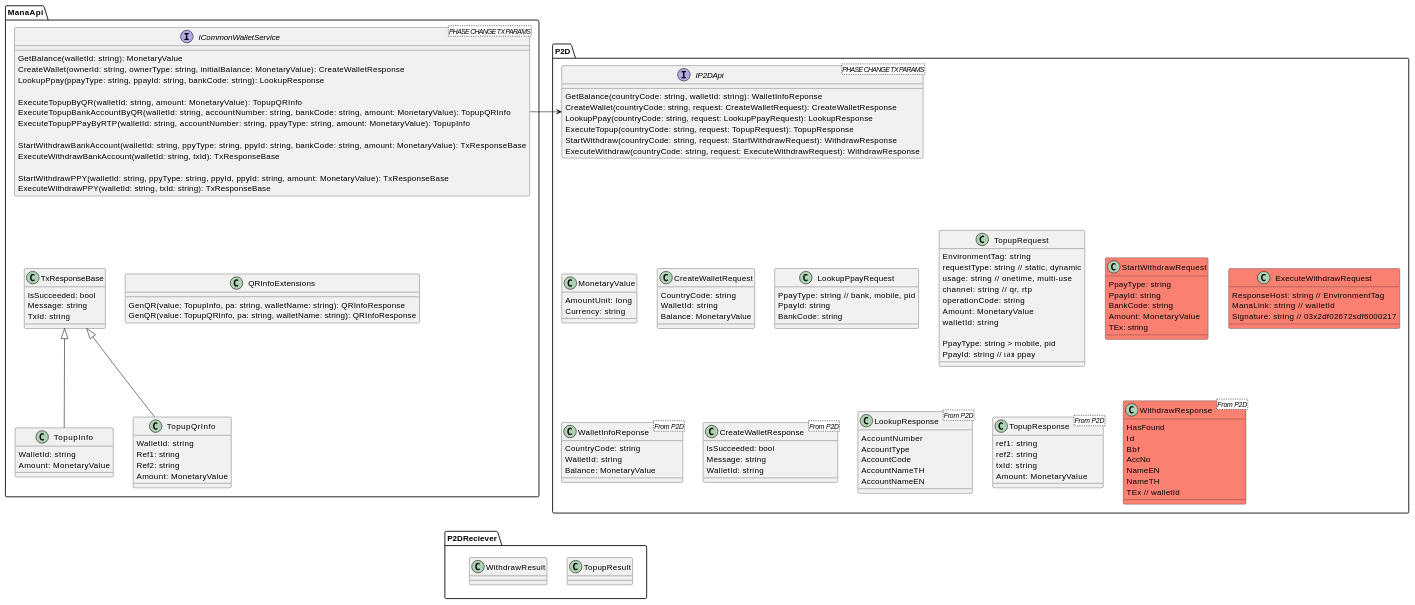
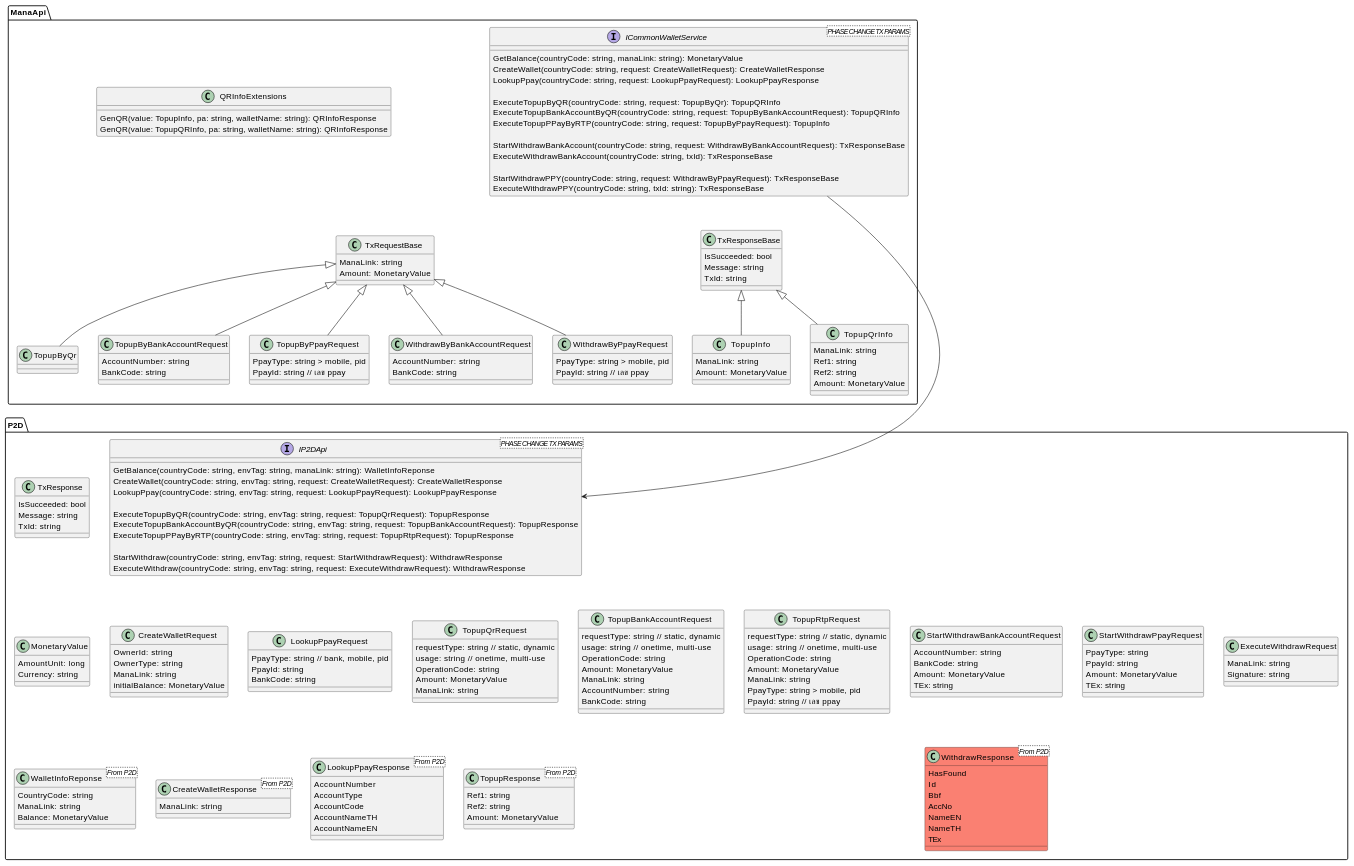
The second of 2 diagrams in financial-params/financial-interface-tx-params.md (BugLordTO/cart-ideas), drawn with PlantUML before and after one commit. The commit also changed other lines of this file and 1 other file, not shown here.

Commit message:
update fin params

```diff
--- a/financial-params/financial-interface-tx-params.md
+++ b/financial-params/financial-interface-tx-params.md
@@ -209,19 +209,48 @@
 package ManaApi {
 
     interface ICommonWalletService <PHASE CHANGE TX PARAMS> {
-        GetBalance(walletId: string): MonetaryValue
-        CreateWallet(ownerId: string, ownerType: string, initialBalance: MonetaryValue): CreateWalletResponse
-        LookupPpay(ppayType: string, ppayId: string, bankCode: string): LookupResponse
+        GetBalance(countryCode: string, manaLink: string): MonetaryValue
+        CreateWallet(countryCode: string, request: CreateWalletRequest): CreateWalletResponse
+        LookupPpay(countryCode: string, request: LookupPpayRequest): LookupPpayResponse
 
-        ExecuteTopupByQR(walletId: string, amount: MonetaryValue): TopupQRInfo
-        ExecuteTopupBankAccountByQR(walletId: string, accountNumber: string, bankCode: string, amount: MonetaryValue): TopupQRInfo
-        ExecuteTopupPPayByRTP(walletId: string, accountNumber: string, ppayType: string, amount: MonetaryValue): TopupInfo
+        ExecuteTopupByQR(countryCode: string, request: TopupByQr): TopupQRInfo
+        ExecuteTopupBankAccountByQR(countryCode: string, request: TopupByBankAccountRequest): TopupQRInfo
+        ExecuteTopupPPayByRTP(countryCode: string, request: TopupByPpayRequest): TopupInfo
 
-        StartWithdrawBankAccount(walletId: string, ppyType: string, ppyId: string, bankCode: string, amount: MonetaryValue): TxResponseBase
-        ExecuteWithdrawBankAccount(walletId: string, txId): TxResponseBase
+        StartWithdrawBankAccount(countryCode: string, request: WithdrawByBankAccountRequest): TxResponseBase
+        ExecuteWithdrawBankAccount(countryCode: string, txId): TxResponseBase
 
-        StartWithdrawPPY(walletId: string, ppyType: string, ppyId, ppyId: string, amount: MonetaryValue): TxResponseBase
-        ExecuteWithdrawPPY(walletId: string, txId: string): TxResponseBase
+        StartWithdrawPPY(countryCode: string, request: WithdrawByPpayRequest): TxResponseBase
+        ExecuteWithdrawPPY(countryCode: string, txId: string): TxResponseBase
+    }
+
+    class TxRequestBase {
+        ManaLink: string
+        Amount: MonetaryValue
+    }
+    ICommonWalletService .[hidden].> TxRequestBase
+
+    class TopupByQr extends TxRequestBase {
+    }
+
+    class TopupByBankAccountRequest extends TxRequestBase {
+        AccountNumber: string
+        BankCode: string
+    }
+
+    class TopupByPpayRequest extends TxRequestBase {
+        PpayType: string > mobile, pid
+        PpayId: string // เลข ppay
+    }
+
+    class WithdrawByBankAccountRequest extends TxRequestBase {
+        AccountNumber: string
+        BankCode: string
+    }
+
+    class WithdrawByPpayRequest extends TxRequestBase {
+        PpayType: string > mobile, pid
+        PpayId: string // เลข ppay
     }
 
     class TxResponseBase {
@@ -232,12 +261,12 @@
     ICommonWalletService .[hidden].> TxResponseBase
 
     class TopupInfo extends TxResponseBase {
-        WalletId: string
+        ManaLink: string
         Amount: MonetaryValue
     }
 
     class TopupQrInfo extends TxResponseBase {
-        WalletId: string
+        ManaLink: string
         Ref1: string
         Ref2: string
         Amount: MonetaryValue
@@ -247,20 +276,30 @@
         GenQR(value: TopupInfo, pa: string, walletName: string): QRInfoResponse
         GenQR(value: TopupQRInfo, pa: string, walletName: string): QRInfoResponse
     }
-    ICommonWalletService .[hidden].> QRInfoExtensions
 }
 
 package P2D {
 
     interface IP2DApi <PHASE CHANGE TX PARAMS> {
-        GetBalance(countryCode: string, walletId: string): WalletInfoReponse
-        CreateWallet(countryCode: string, request: CreateWalletRequest): CreateWalletResponse
-        LookupPpay(countryCode: string, request: LookupPpayRequest): LookupResponse
-        ExecuteTopup(countryCode: string, request: TopupRequest): TopupResponse
-        StartWithdraw(countryCode: string, request: StartWithdrawRequest): WithdrawResponse
-        ExecuteWithdraw(countryCode: string, request: ExecuteWithdrawRequest): WithdrawResponse
+        GetBalance(countryCode: string, envTag: string, manaLink: string): WalletInfoReponse
+        CreateWallet(countryCode: string, envTag: string, request: CreateWalletRequest): CreateWalletResponse
+        LookupPpay(countryCode: string, envTag: string, request: LookupPpayRequest): LookupPpayResponse
+        
+        ExecuteTopupByQR(countryCode: string, envTag: string, request: TopupQrRequest): TopupResponse
+        ExecuteTopupBankAccountByQR(countryCode: string, envTag: string, request: TopupBankAccountRequest): TopupResponse
+        ExecuteTopupPPayByRTP(countryCode: string, envTag: string, request: TopupRtpRequest): TopupResponse
+
+        StartWithdraw(countryCode: string, envTag: string, request: StartWithdrawRequest): WithdrawResponse
+        ExecuteWithdraw(countryCode: string, envTag: string, request: ExecuteWithdrawRequest): WithdrawResponse
     }
-    ICommonWalletService -r-> IP2DApi
+    TopupByQr -[hidden]d-> IP2DApi
+    ICommonWalletService -d---> IP2DApi
+    
+    class TxResponse {
+        IsSucceeded: bool
+        Message: string
+        TxId: string
+    }
 
     class MonetaryValue {
         AmountUnit: long
@@ -270,22 +309,21 @@
 
     class WalletInfoReponse<From P2D> {
         CountryCode: string
-        WalletId: string
+        ManaLink: string
         Balance: MonetaryValue
     }
     MonetaryValue .[hidden].> WalletInfoReponse
 
     class CreateWalletRequest {
-        CountryCode: string
-        WalletId: string
-        Balance: MonetaryValue
+        OwnerId: string
+        OwnerType: string
+        ManaLink: string
+        initialBalance: MonetaryValue
     }
     MonetaryValue .[hidden]r.> CreateWalletRequest
 
     class CreateWalletResponse<From P2D> {
-        IsSucceeded: bool
-        Message: string
-        WalletId: string
+        ManaLink: string
     }
     CreateWalletRequest .[hidden].> CreateWalletResponse
 
@@ -296,45 +334,68 @@
     }
     CreateWalletRequest .[hidden]r.> LookupPpayRequest
 
-    class LookupResponse<From P2D> {
+    class LookupPpayResponse<From P2D> {
         AccountNumber
         AccountType
         AccountCode
         AccountNameTH
         AccountNameEN
     }
-    LookupPpayRequest .[hidden].> LookupResponse
+    LookupPpayRequest .[hidden].> LookupPpayResponse
 
-    class TopupRequest {
-        EnvironmentTag: string
+    class TopupQrRequest {
         requestType: string // static, dynamic
         usage: string // onetime, multi-use
-        channel: string // qr, rtp
-        operationCode: string
+        OperationCode: string
         Amount: MonetaryValue
-        walletId: string
+        ManaLink: string
+    }
+    LookupPpayRequest .[hidden]r.> TopupQrRequest
 
+    class TopupBankAccountRequest {
+        requestType: string // static, dynamic
+        usage: string // onetime, multi-use
+        OperationCode: string
+        Amount: MonetaryValue
+        ManaLink: string
+        AccountNumber: string
+        BankCode: string
+    }
+    TopupQrRequest .[hidden]r.> TopupBankAccountRequest
+
+    class TopupRtpRequest {
+        requestType: string // static, dynamic
+        usage: string // onetime, multi-use
+        OperationCode: string
+        Amount: MonetaryValue
+        ManaLink: string
         PpayType: string > mobile, pid
         PpayId: string // เลข ppay
     }
-    LookupPpayRequest .[hidden]r.> TopupRequest
+    TopupBankAccountRequest .[hidden]r.> TopupRtpRequest
 
     class TopupResponse<From P2D> {
-        ref1: string
-        ref2: string
-        txId: string
+        Ref1: string
+        Ref2: string
         Amount: MonetaryValue
     }
-    TopupRequest .[hidden].> TopupResponse
+    TopupQrRequest .[hidden].> TopupResponse
 
-    class StartWithdrawRequest #Salmon {
-        PpayType: string
-        PpayId: string
+    class StartWithdrawBankAccountRequest {
+        AccountNumber: string
         BankCode: string
         Amount: MonetaryValue
         TEx: string
     }
-    TopupRequest .[hidden]r.> StartWithdrawRequest
+    TopupRtpRequest .[hidden]r.> StartWithdrawBankAccountRequest
+
+    class StartWithdrawPpayRequest {
+        PpayType: string
+        PpayId: string
+        Amount: MonetaryValue
+        TEx: string
+    }
+    StartWithdrawBankAccountRequest .[hidden]r.> StartWithdrawPpayRequest
 
     class WithdrawResponse<From P2D> #Salmon {
         HasFound
@@ -343,24 +404,17 @@
         AccNo
         NameEN
         NameTH
-        TEx // walletId
+        TEx
     }
-    StartWithdrawRequest .[hidden].> WithdrawResponse
+    StartWithdrawBankAccountRequest .[hidden].> WithdrawResponse
 
-    class ExecuteWithdrawRequest #Salmon {
-        ResponseHost: string // EnvironmentTag
-        ManaLink: string // walletId
-        Signature: string // 03x2df02672sdf6000217
+    class ExecuteWithdrawRequest {
+        ManaLink: string
+        Signature: string
     }
-    StartWithdrawRequest .[hidden]r.> ExecuteWithdrawRequest
+    StartWithdrawPpayRequest .[hidden]r.> ExecuteWithdrawRequest
 
 }
-
-package P2DReciever {
-    class TopupResult { }
-    class WithdrawResult { }
-}
-ICommonWalletService -[hidden]d--- P2DReciever
 
 @enduml
 
```
